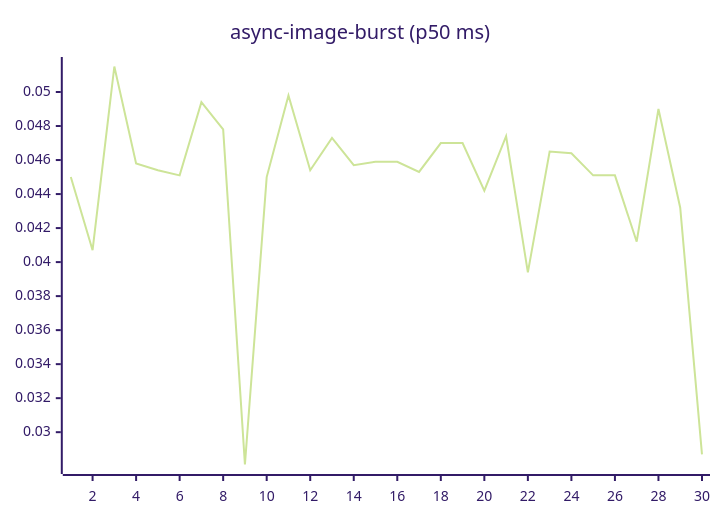
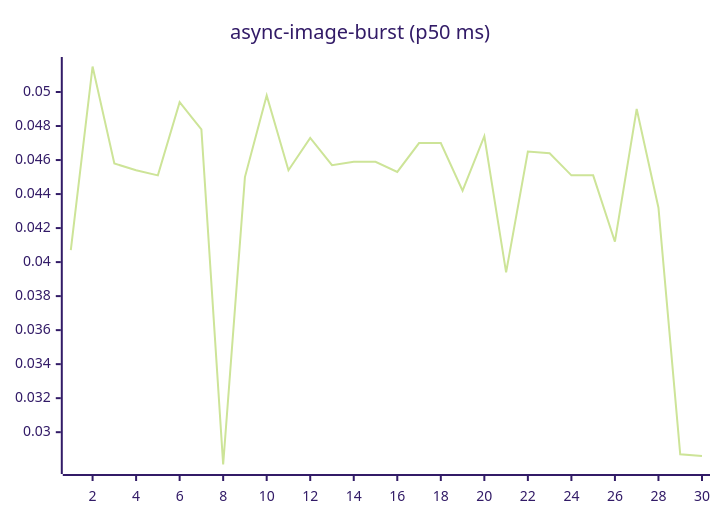
Before and after one commit to josha/Facet: the fourth of 27 diagrams in README.md, drawn with Mermaid (forest theme). The commit also changed other lines of this file and 2 other files, not shown here.

````diff
--- a/README.md
+++ b/README.md
@@ -84,6 +84,6 @@
 ```mermaid
 xychart-beta
     title "async-image-burst (p50 ms)"
     x-axis 1 --> 30
-    line [0.0450, 0.0407, 0.0515, 0.0458, 0.0454, 0.0451, 0.0494, 0.0478, 0.0281, 0.0450, 0.0498, 0.0454, 0.0473, 0.0457, 0.0459, 0.0459, 0.0453, 0.0470, 0.0470, 0.0442, 0.0474, 0.0394, 0.0465, 0.0464, 0.0451, 0.0451, 0.0412, 0.0490, 0.0432, 0.0287]
+    line [0.0407, 0.0515, 0.0458, 0.0454, 0.0451, 0.0494, 0.0478, 0.0281, 0.0450, 0.0498, 0.0454, 0.0473, 0.0457, 0.0459, 0.0459, 0.0453, 0.0470, 0.0470, 0.0442, 0.0474, 0.0394, 0.0465, 0.0464, 0.0451, 0.0451, 0.0412, 0.0490, 0.0432, 0.0287, 0.0286]
 ```
````
